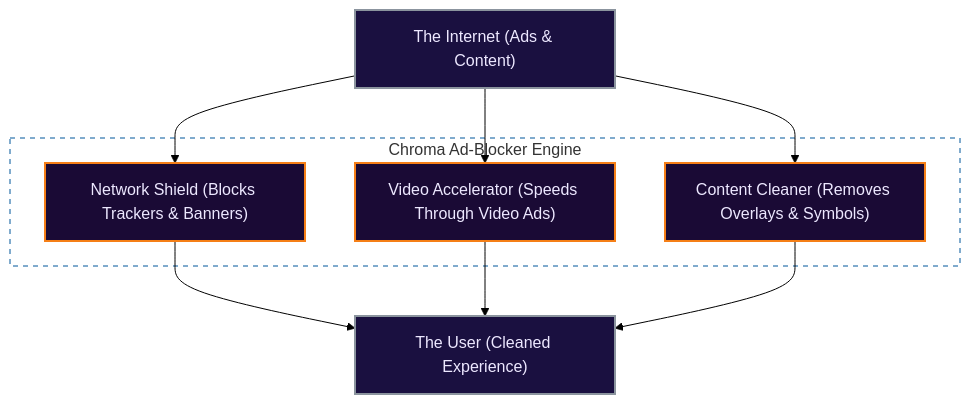
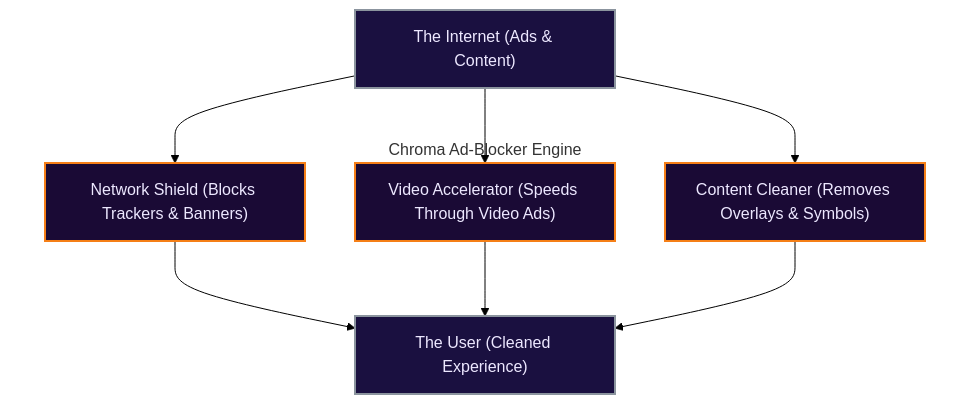
One commit to Dabrogost/Chroma-Ad-Blocker changed the diagram in index.md. Above: the diagram before and after it, drawn with Mermaid (forest theme).

Commit message:
style: remove stroke styling from CHROMA diagram element

```diff
--- a/index.md
+++ b/index.md
@@ -177,26 +177,26 @@
     <div class="mermaid">
 graph TD
     classDef actor fill:#1a1040,color:#ede8ff,stroke:#8b949e,stroke-width:2px
     classDef engine fill:#1a1040,color:#ede8ff,stroke:#01579b,stroke-width:2px
     classDef action fill:#1a0a35,color:#ede8ff,stroke:#f57f17,stroke-width:2px
 
     INTERNET["The Internet (Ads & Content)"]:::actor
 
     subgraph CHROMA["Chroma Ad-Blocker Engine"]
         NETWORK["Network Shield (Blocks Trackers & Banners)"]:::action
         VIDEO["Video Accelerator (Speeds Through Video Ads)"]:::action
         CONTENT["Content Cleaner (Removes Overlays & Symbols)"]:::action
     end
 
     USER["The User (Cleaned Experience)"]:::actor
 
     INTERNET --> NETWORK
     INTERNET --> VIDEO
     INTERNET --> CONTENT
 
     NETWORK --> USER
     VIDEO --> USER
     CONTENT --> USER
 
-    style CHROMA fill:none,stroke:#01579b,stroke-dasharray: 5 5
+    style CHROMA fill:none,stroke:none
     </div>
```
